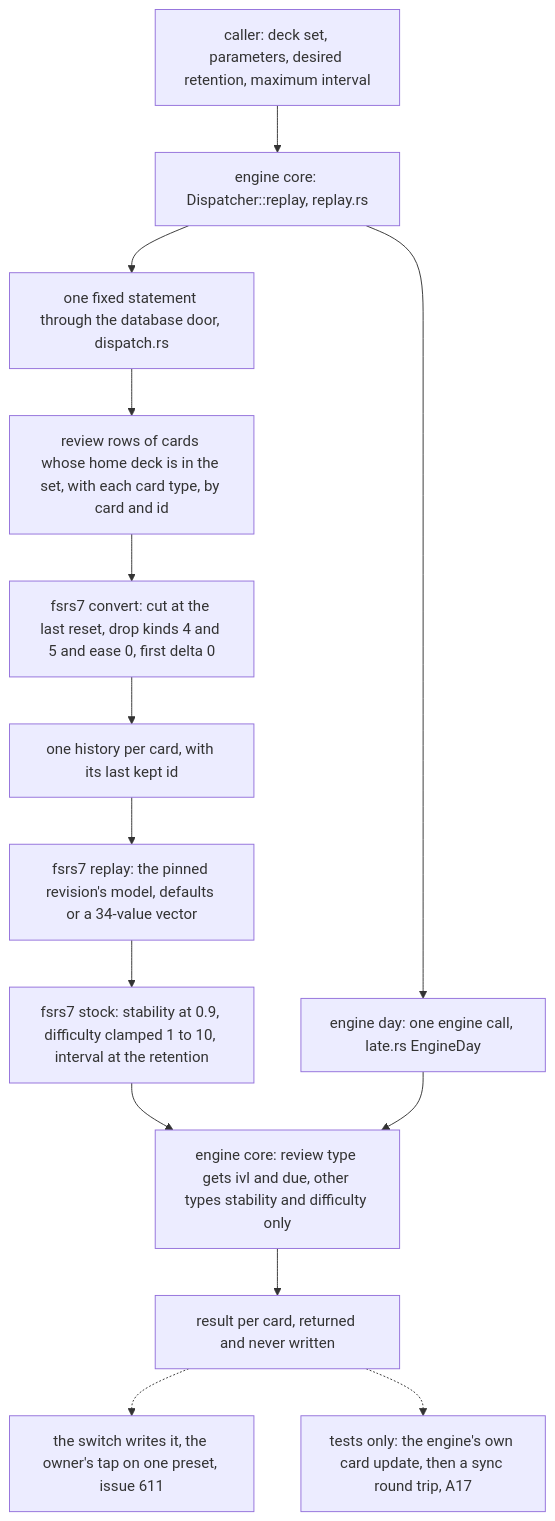
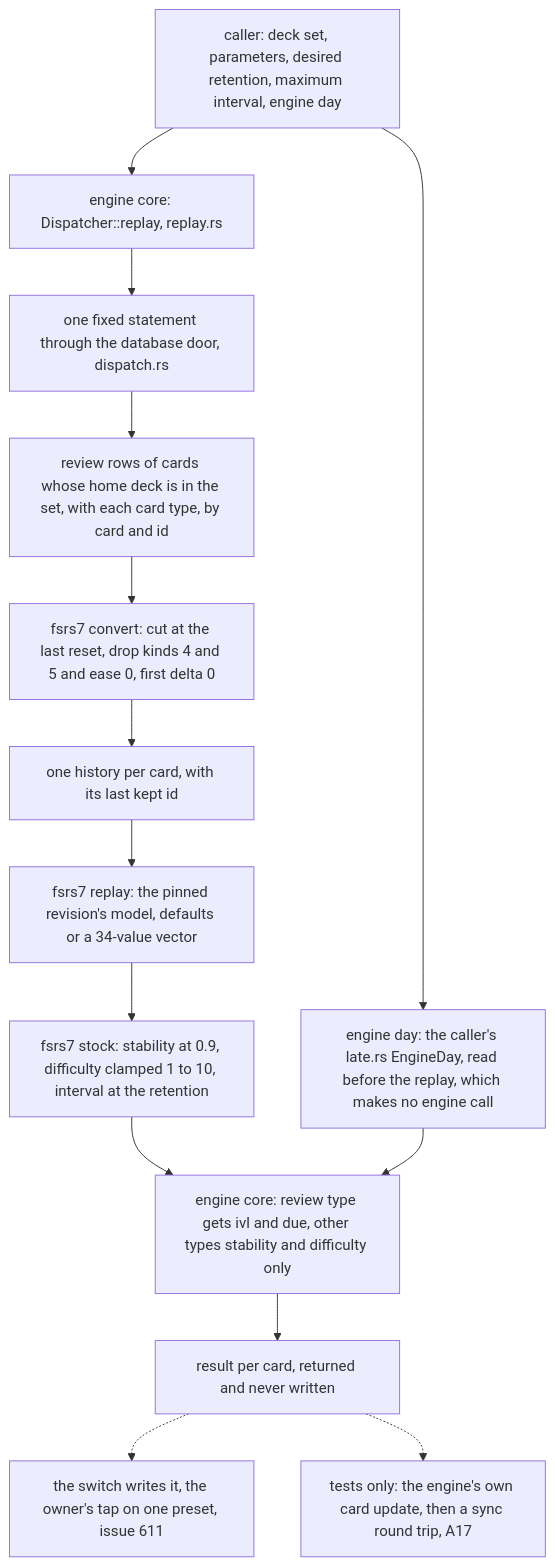
The sixth of 8 diagrams in docs/schematics/fsrs-7-replay-undo-probe-and-full-sync-choice.md (RexRenatus/deck-streak), drawn with Mermaid before and after one commit. The commit also changed other lines of this file and 1 other file, not shown here.

Commit message:
docs(fsrs7): the replay takes its caller's engine day

````diff
--- a/docs/schematics/fsrs-7-replay-undo-probe-and-full-sync-choice.md
+++ b/docs/schematics/fsrs-7-replay-undo-probe-and-full-sync-choice.md
@@ -181,16 +181,16 @@
 ```mermaid
 flowchart TD
-  caller["caller: deck set, parameters, desired retention, maximum interval"] --> rp["engine core: Dispatcher::replay, replay.rs"]
-  rp --> dayread["engine day: one engine call, late.rs EngineDay"]
+  caller["caller: deck set, parameters, desired retention, maximum interval, engine day"] --> rp["engine core: Dispatcher::replay, replay.rs"]
+  caller --> dayread["engine day: the caller's late.rs EngineDay, read before the replay, which makes no engine call"]
   rp --> sqlread["one fixed statement through the database door, dispatch.rs"]
   sqlread --> rows["review rows of cards whose home deck is in the set, with each card type, by card and id"]
   rows --> sel["fsrs7 convert: cut at the last reset, drop kinds 4 and 5 and ease 0, first delta 0"]
   sel --> hist["one history per card, with its last kept id"]
   hist --> model["fsrs7 replay: the pinned revision's model, defaults or a 34-value vector"]
   model --> st["fsrs7 stock: stability at 0.9, difficulty clamped 1 to 10, interval at the retention"]
   st --> sched["engine core: review type gets ivl and due, other types stability and difficulty only"]
   dayread --> sched
   sched --> out["result per card, returned and never written"]
   out -.-> later["the switch writes it, the owner's tap on one preset, issue 611"]
   out -.-> testonly["tests only: the engine's own card update, then a sync round trip, A17"]
 ```
````
